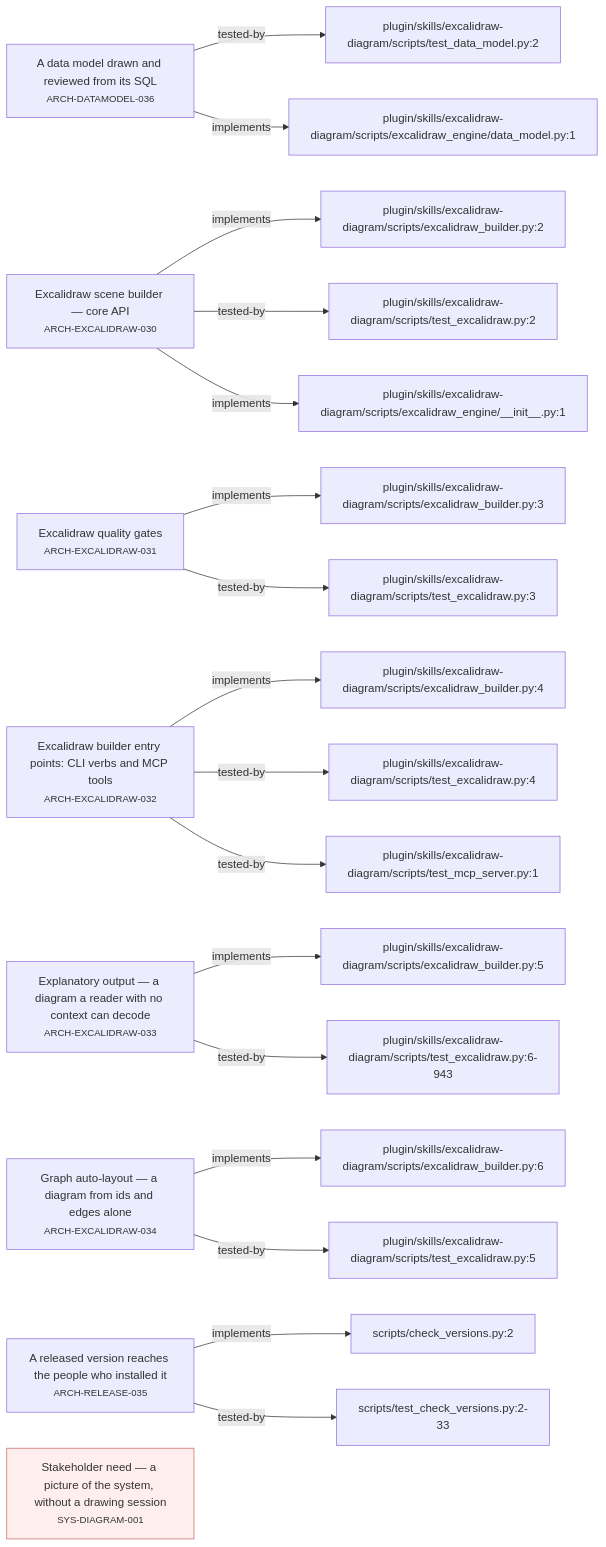
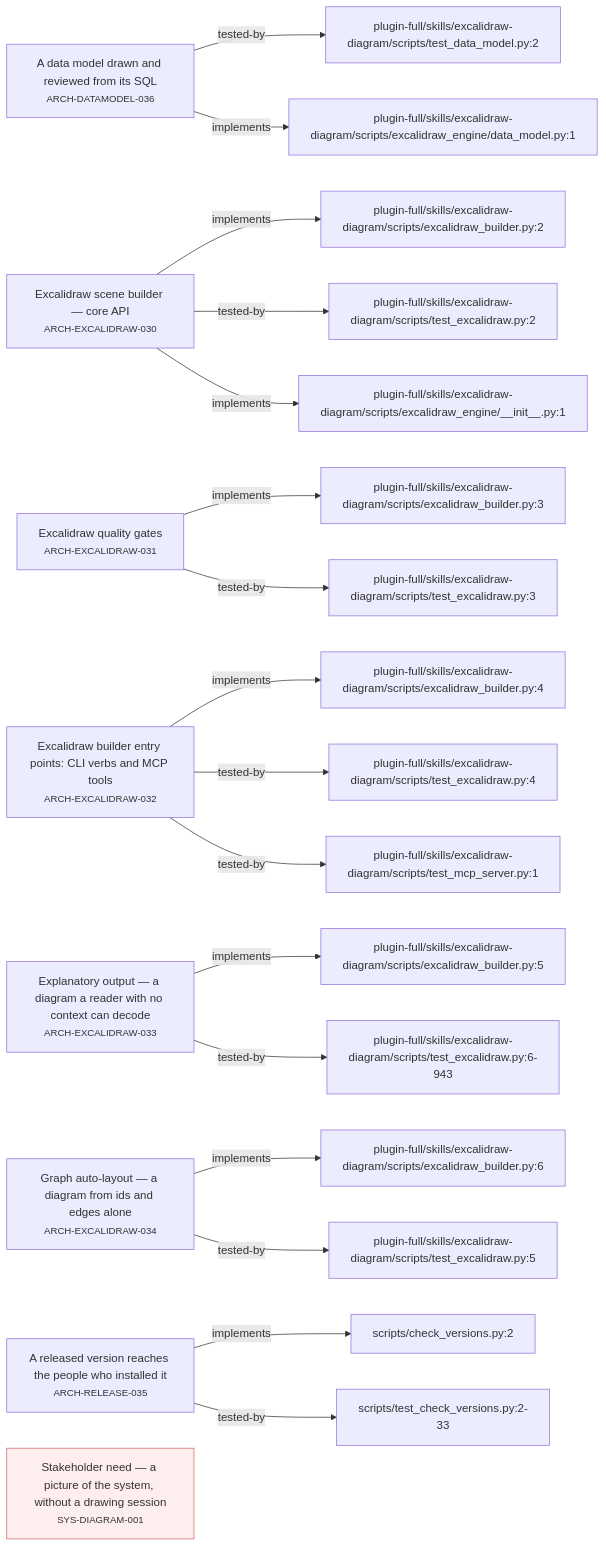
The second of 4 diagrams in requirements/_map.md (alxmax/excalidraw-diagram), drawn with Mermaid before and after one commit. The commit also changed 145 other files, not shown here.

First line of the commit message:
Swap folders: plugin/ is the directory edition, full edition moves to plugin-full/

````diff
--- a/requirements/_map.md
+++ b/requirements/_map.md
@@ -76,44 +76,44 @@
 ```mermaid
 graph LR
   ARCH_DATAMODEL_036["A data model drawn and reviewed from its SQL<br><small>ARCH-DATAMODEL-036</small>"]
-  f_plugin_skills_excalidraw_diagram_scripts_test_data_model_py_2["plugin/skills/excalidraw-diagram/scripts/test_data_model.py:2"]
-  ARCH_DATAMODEL_036 -->|tested-by| f_plugin_skills_excalidraw_diagram_scripts_test_data_model_py_2
-  f_plugin_skills_excalidraw_diagram_scripts_excalidraw_engine_data_model_py_1["plugin/skills/excalidraw-diagram/scripts/excalidraw_engine/data_model.py:1"]
-  ARCH_DATAMODEL_036 -->|implements| f_plugin_skills_excalidraw_diagram_scripts_excalidraw_engine_data_model_py_1
+  f_plugin_full_skills_excalidraw_diagram_scripts_test_data_model_py_2["plugin-full/skills/excalidraw-diagram/scripts/test_data_model.py:2"]
+  ARCH_DATAMODEL_036 -->|tested-by| f_plugin_full_skills_excalidraw_diagram_scripts_test_data_model_py_2
+  f_plugin_full_skills_excalidraw_diagram_scripts_excalidraw_engine_data_model_py_1["plugin-full/skills/excalidraw-diagram/scripts/excalidraw_engine/data_model.py:1"]
+  ARCH_DATAMODEL_036 -->|implements| f_plugin_full_skills_excalidraw_diagram_scripts_excalidraw_engine_data_model_py_1
   ARCH_EXCALIDRAW_030["Excalidraw scene builder — core API<br><small>ARCH-EXCALIDRAW-030</small>"]
-  f_plugin_skills_excalidraw_diagram_scripts_excalidraw_builder_py_2["plugin/skills/excalidraw-diagram/scripts/excalidraw_builder.py:2"]
-  ARCH_EXCALIDRAW_030 -->|implements| f_plugin_skills_excalidraw_diagram_scripts_excalidraw_builder_py_2
-  f_plugin_skills_excalidraw_diagram_scripts_test_excalidraw_py_2["plugin/skills/excalidraw-diagram/scripts/test_excalidraw.py:2"]
-  ARCH_EXCALIDRAW_030 -->|tested-by| f_plugin_skills_excalidraw_diagram_scripts_test_excalidraw_py_2
-  f_plugin_skills_excalidraw_diagram_scripts_excalidraw_engine___init___py_1["plugin/skills/excalidraw-diagram/scripts/excalidraw_engine/__init__.py:1"]
-  ARCH_EXCALIDRAW_030 -->|implements| f_plugin_skills_excalidraw_diagram_scripts_excalidraw_engine___init___py_1
+  f_plugin_full_skills_excalidraw_diagram_scripts_excalidraw_builder_py_2["plugin-full/skills/excalidraw-diagram/scripts/excalidraw_builder.py:2"]
+  ARCH_EXCALIDRAW_030 -->|implements| f_plugin_full_skills_excalidraw_diagram_scripts_excalidraw_builder_py_2
+  f_plugin_full_skills_excalidraw_diagram_scripts_test_excalidraw_py_2["plugin-full/skills/excalidraw-diagram/scripts/test_excalidraw.py:2"]
+  ARCH_EXCALIDRAW_030 -->|tested-by| f_plugin_full_skills_excalidraw_diagram_scripts_test_excalidraw_py_2
+  f_plugin_full_skills_excalidraw_diagram_scripts_excalidraw_engine___init___py_1["plugin-full/skills/excalidraw-diagram/scripts/excalidraw_engine/__init__.py:1"]
+  ARCH_EXCALIDRAW_030 -->|implements| f_plugin_full_skills_excalidraw_diagram_scripts_excalidraw_engine___init___py_1
   ARCH_EXCALIDRAW_031["Excalidraw quality gates<br><small>ARCH-EXCALIDRAW-031</small>"]
-  f_plugin_skills_excalidraw_diagram_scripts_excalidraw_builder_py_3["plugin/skills/excalidraw-diagram/scripts/excalidraw_builder.py:3"]
-  ARCH_EXCALIDRAW_031 -->|implements| f_plugin_skills_excalidraw_diagram_scripts_excalidraw_builder_py_3
-  f_plugin_skills_excalidraw_diagram_scripts_test_excalidraw_py_3["plugin/skills/excalidraw-diagram/scripts/test_excalidraw.py:3"]
-  ARCH_EXCALIDRAW_031 -->|tested-by| f_plugin_skills_excalidraw_diagram_scripts_test_excalidraw_py_3
+  f_plugin_full_skills_excalidraw_diagram_scripts_excalidraw_builder_py_3["plugin-full/skills/excalidraw-diagram/scripts/excalidraw_builder.py:3"]
+  ARCH_EXCALIDRAW_031 -->|implements| f_plugin_full_skills_excalidraw_diagram_scripts_excalidraw_builder_py_3
+  f_plugin_full_skills_excalidraw_diagram_scripts_test_excalidraw_py_3["plugin-full/skills/excalidraw-diagram/scripts/test_excalidraw.py:3"]
+  ARCH_EXCALIDRAW_031 -->|tested-by| f_plugin_full_skills_excalidraw_diagram_scripts_test_excalidraw_py_3
   ARCH_EXCALIDRAW_032["Excalidraw builder entry points: CLI verbs and MCP tools<br><small>ARCH-EXCALIDRAW-032</small>"]
-  f_plugin_skills_excalidraw_diagram_scripts_excalidraw_builder_py_4["plugin/skills/excalidraw-diagram/scripts/excalidraw_builder.py:4"]
-  ARCH_EXCALIDRAW_032 -->|implements| f_plugin_skills_excalidraw_diagram_scripts_excalidraw_builder_py_4
-  f_plugin_skills_excalidraw_diagram_scripts_test_excalidraw_py_4["plugin/skills/excalidraw-diagram/scripts/test_excalidraw.py:4"]
-  ARCH_EXCALIDRAW_032 -->|tested-by| f_plugin_skills_excalidraw_diagram_scripts_test_excalidraw_py_4
-  f_plugin_skills_excalidraw_diagram_scripts_test_mcp_server_py_1["plugin/skills/excalidraw-diagram/scripts/test_mcp_server.py:1"]
-  ARCH_EXCALIDRAW_032 -->|tested-by| f_plugin_skills_excalidraw_diagram_scripts_test_mcp_server_py_1
+  f_plugin_full_skills_excalidraw_diagram_scripts_excalidraw_builder_py_4["plugin-full/skills/excalidraw-diagram/scripts/excalidraw_builder.py:4"]
+  ARCH_EXCALIDRAW_032 -->|implements| f_plugin_full_skills_excalidraw_diagram_scripts_excalidraw_builder_py_4
+  f_plugin_full_skills_excalidraw_diagram_scripts_test_excalidraw_py_4["plugin-full/skills/excalidraw-diagram/scripts/test_excalidraw.py:4"]
+  ARCH_EXCALIDRAW_032 -->|tested-by| f_plugin_full_skills_excalidraw_diagram_scripts_test_excalidraw_py_4
+  f_plugin_full_skills_excalidraw_diagram_scripts_test_mcp_server_py_1["plugin-full/skills/excalidraw-diagram/scripts/test_mcp_server.py:1"]
+  ARCH_EXCALIDRAW_032 -->|tested-by| f_plugin_full_skills_excalidraw_diagram_scripts_test_mcp_server_py_1
   ARCH_EXCALIDRAW_033["Explanatory output — a diagram a reader with no context can decode<br><small>ARCH-EXCALIDRAW-033</small>"]
-  f_plugin_skills_excalidraw_diagram_scripts_excalidraw_builder_py_5["plugin/skills/excalidraw-diagram/scripts/excalidraw_builder.py:5"]
-  ARCH_EXCALIDRAW_033 -->|implements| f_plugin_skills_excalidraw_diagram_scripts_excalidraw_builder_py_5
-  f_plugin_skills_excalidraw_diagram_scripts_test_excalidraw_py_6_943["plugin/skills/excalidraw-diagram/scripts/test_excalidraw.py:6-943"]
-  ARCH_EXCALIDRAW_033 -->|tested-by| f_plugin_skills_excalidraw_diagram_scripts_test_excalidraw_py_6_943
+  f_plugin_full_skills_excalidraw_diagram_scripts_excalidraw_builder_py_5["plugin-full/skills/excalidraw-diagram/scripts/excalidraw_builder.py:5"]
+  ARCH_EXCALIDRAW_033 -->|implements| f_plugin_full_skills_excalidraw_diagram_scripts_excalidraw_builder_py_5
+  f_plugin_full_skills_excalidraw_diagram_scripts_test_excalidraw_py_6_943["plugin-full/skills/excalidraw-diagram/scripts/test_excalidraw.py:6-943"]
+  ARCH_EXCALIDRAW_033 -->|tested-by| f_plugin_full_skills_excalidraw_diagram_scripts_test_excalidraw_py_6_943
   ARCH_EXCALIDRAW_034["Graph auto-layout — a diagram from ids and edges alone<br><small>ARCH-EXCALIDRAW-034</small>"]
-  f_plugin_skills_excalidraw_diagram_scripts_excalidraw_builder_py_6["plugin/skills/excalidraw-diagram/scripts/excalidraw_builder.py:6"]
-  ARCH_EXCALIDRAW_034 -->|implements| f_plugin_skills_excalidraw_diagram_scripts_excalidraw_builder_py_6
-  f_plugin_skills_excalidraw_diagram_scripts_test_excalidraw_py_5["plugin/skills/excalidraw-diagram/scripts/test_excalidraw.py:5"]
-  ARCH_EXCALIDRAW_034 -->|tested-by| f_plugin_skills_excalidraw_diagram_scripts_test_excalidraw_py_5
+  f_plugin_full_skills_excalidraw_diagram_scripts_excalidraw_builder_py_6["plugin-full/skills/excalidraw-diagram/scripts/excalidraw_builder.py:6"]
+  ARCH_EXCALIDRAW_034 -->|implements| f_plugin_full_skills_excalidraw_diagram_scripts_excalidraw_builder_py_6
+  f_plugin_full_skills_excalidraw_diagram_scripts_test_excalidraw_py_5["plugin-full/skills/excalidraw-diagram/scripts/test_excalidraw.py:5"]
+  ARCH_EXCALIDRAW_034 -->|tested-by| f_plugin_full_skills_excalidraw_diagram_scripts_test_excalidraw_py_5
   ARCH_RELEASE_035["A released version reaches the people who installed it<br><small>ARCH-RELEASE-035</small>"]
   f_scripts_check_versions_py_2["scripts/check_versions.py:2"]
   ARCH_RELEASE_035 -->|implements| f_scripts_check_versions_py_2
   f_scripts_test_check_versions_py_2_33["scripts/test_check_versions.py:2-33"]
   ARCH_RELEASE_035 -->|tested-by| f_scripts_test_check_versions_py_2_33
   SYS_DIAGRAM_001["Stakeholder need — a picture of the system, without a drawing session<br><small>SYS-DIAGRAM-001</small>"]
   style SYS_DIAGRAM_001 fill:#fee,stroke:#c66
 ```
````
